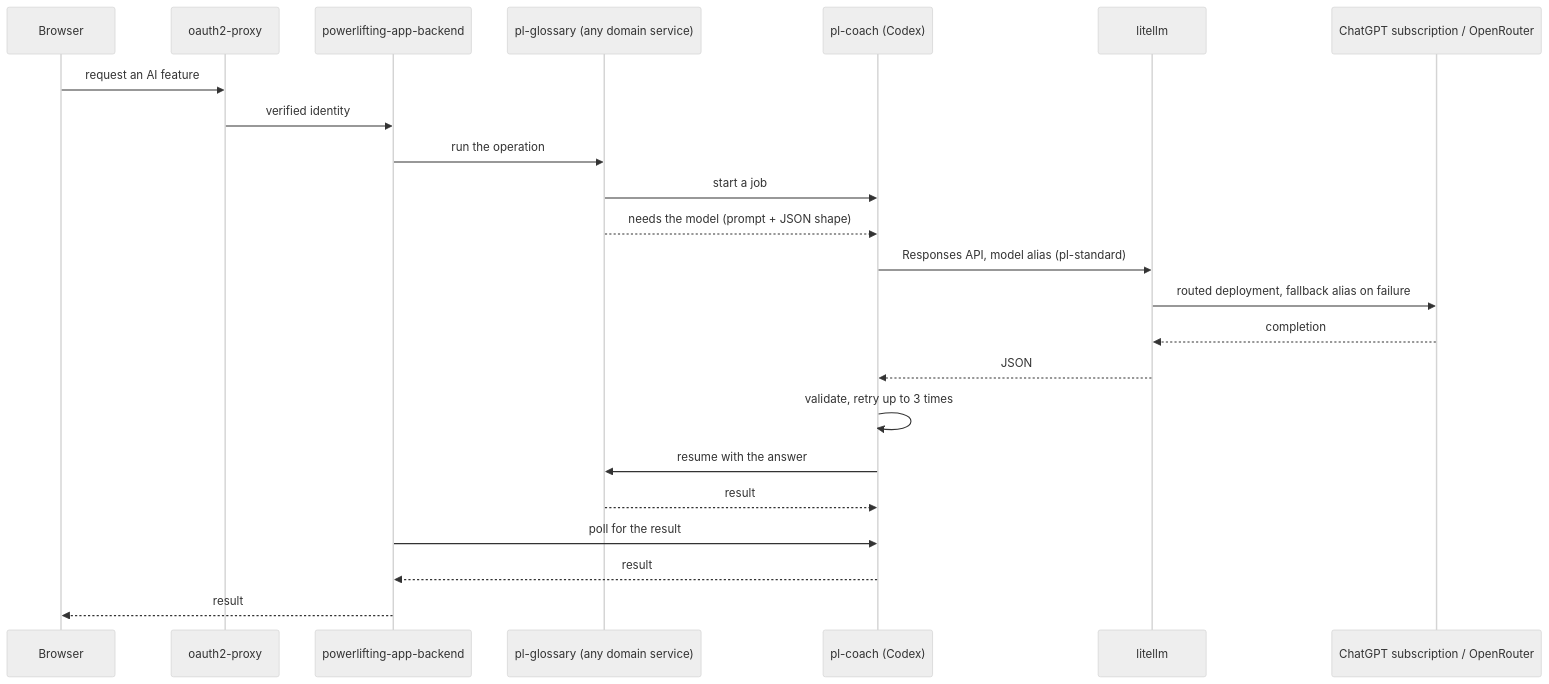
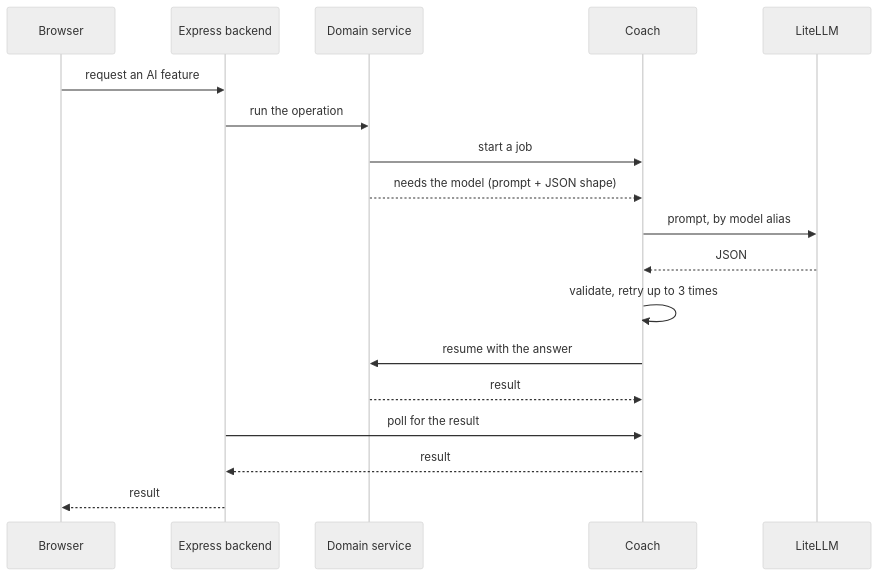
One commit to PierreStephaneVoltaire/ai-powerlifting changed the first of 3 diagrams in README.md. Above: the diagram before and after it, drawn with Mermaid (neutral theme). The commit also changed other lines of this file and 1 other file, not shown here.

````diff
--- a/README.md
+++ b/README.md
@@ -164,25 +164,20 @@
 ```mermaid
 sequenceDiagram
   participant UI as Browser
-  participant OP as oauth2-proxy
-  participant BE as powerlifting-app-backend
-  participant SVC as pl-glossary (any domain service)
-  participant C as pl-coach (Codex)
-  participant L as litellm
-  participant P as ChatGPT subscription / OpenRouter
-  UI->>OP: request an AI feature
-  OP->>BE: verified identity
+  participant BE as Express backend
+  participant SVC as Domain service
+  participant C as Coach
+  participant M as LiteLLM
+  UI->>BE: request an AI feature
   BE->>SVC: run the operation
   SVC->>C: start a job
   SVC-->>C: needs the model (prompt + JSON shape)
-  C->>L: Responses API, model alias (pl-standard)
-  L->>P: routed deployment, fallback alias on failure
-  P-->>L: completion
-  L-->>C: JSON
+  C->>M: prompt, by model alias
+  M-->>C: JSON
   C->>C: validate, retry up to 3 times
   C->>SVC: resume with the answer
   SVC-->>C: result
   BE->>C: poll for the result
   C-->>BE: result
   BE-->>UI: result
 ```
````
